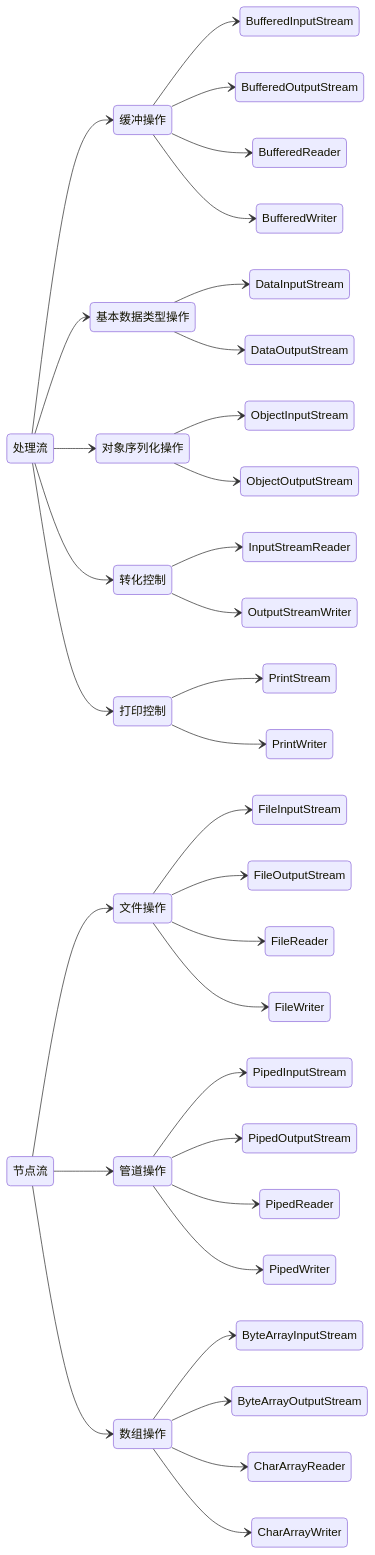
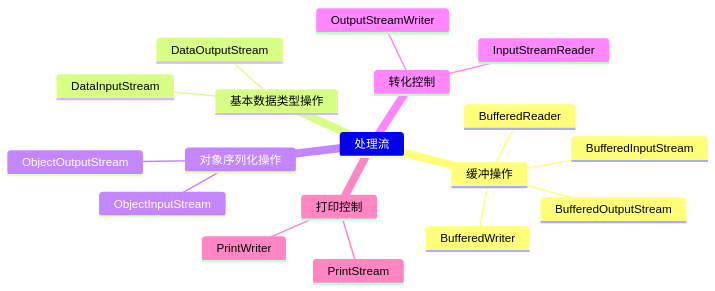
Before and after one commit to 0xcaffebabe/note: the first of 3 diagrams in doc/编程语言/JAVA/高级/IO.md, drawn with Mermaid. The commit also changed other lines of this file and 14 other files, not shown here.

````diff
--- a/doc/编程语言/JAVA/高级/IO.md
+++ b/doc/编程语言/JAVA/高级/IO.md
@@ -14,37 +14,21 @@
 ```mermaid
-stateDiagram-v2
-    direction LR
-    处理流 --> 缓冲操作
-    缓冲操作 --> BufferedInputStream
-    缓冲操作 --> BufferedOutputStream
-    缓冲操作 --> BufferedReader
-    缓冲操作 --> BufferedWriter
-    处理流 --> 基本数据类型操作
-    基本数据类型操作 --> DataInputStream
-    基本数据类型操作 --> DataOutputStream
-    处理流 --> 对象序列化操作
-    对象序列化操作 --> ObjectInputStream
-    对象序列化操作 --> ObjectOutputStream
-    处理流 --> 转化控制
-    转化控制 --> InputStreamReader
-    转化控制 --> OutputStreamWriter
-    处理流 --> 打印控制
-    打印控制 --> PrintStream
-    打印控制 --> PrintWriter
-
-    节点流 --> 文件操作
-    文件操作 --> FileInputStream
-    文件操作 --> FileOutputStream
-    文件操作 --> FileReader
-    文件操作 --> FileWriter
-    节点流 --> 管道操作
-    管道操作 --> PipedInputStream
-    管道操作 --> PipedOutputStream
-    管道操作 --> PipedReader
-    管道操作 --> PipedWriter
-    节点流 --> 数组操作
-    数组操作 --> ByteArrayInputStream
-    数组操作 --> ByteArrayOutputStream
-    数组操作 --> CharArrayReader
-    数组操作 --> CharArrayWriter
+mindmap
+ 处理流
+    缓冲操作
+        BufferedInputStream
+        BufferedOutputStream
+        BufferedReader
+        BufferedWriter
+    基本数据类型操作
+        DataInputStream
+        DataOutputStream
+    对象序列化操作
+        ObjectInputStream
+        ObjectOutputStream
+    转化控制
+        InputStreamReader
+        OutputStreamWriter
+    打印控制
+        PrintStream
+        PrintWriter
 ```
````
